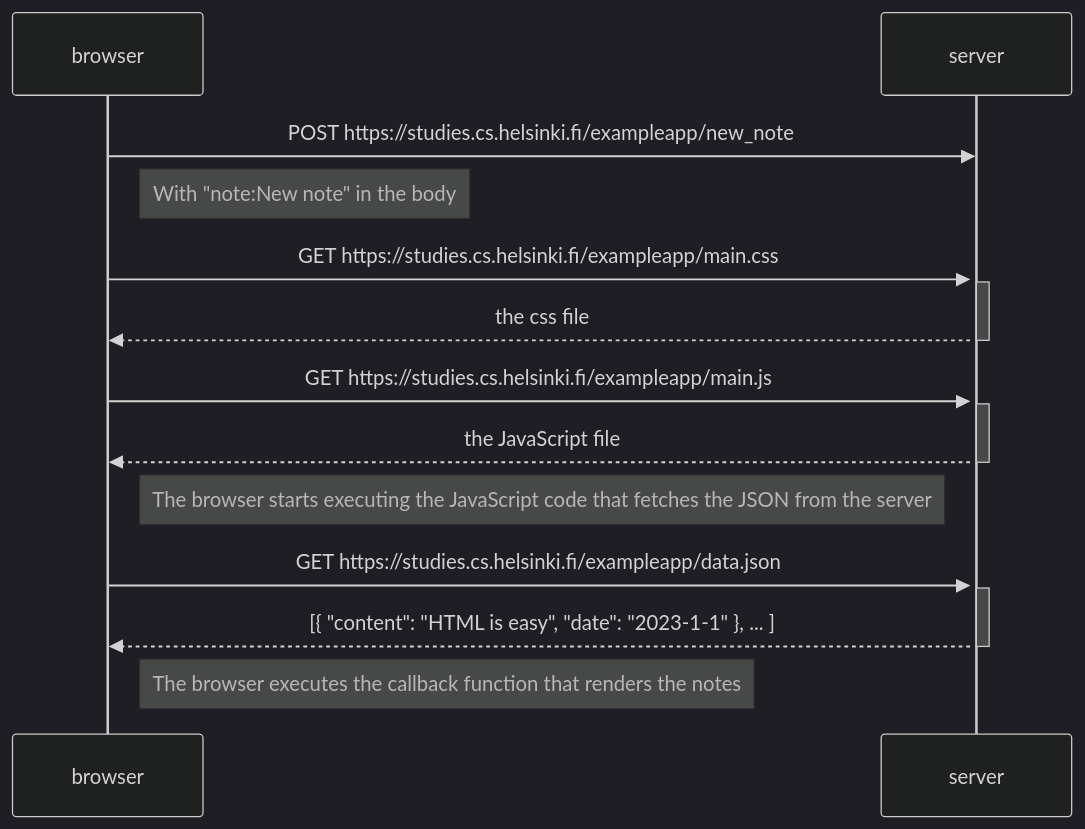
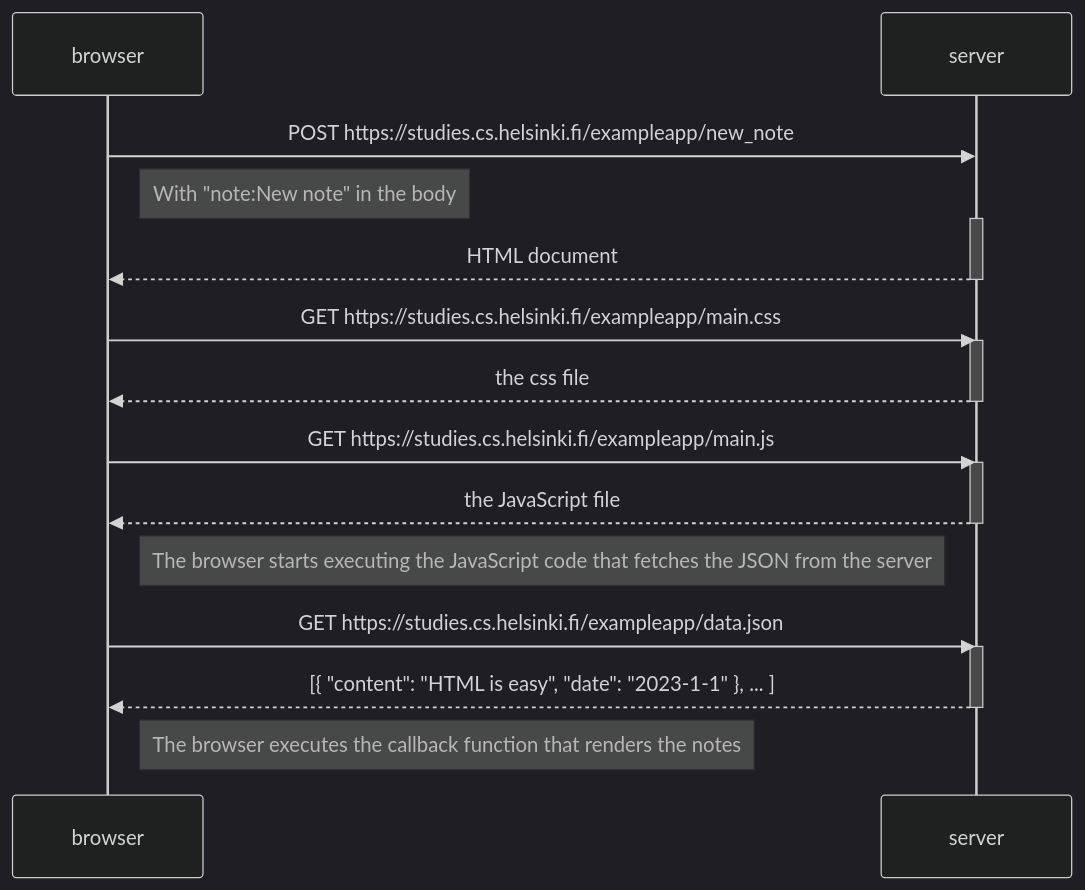
The diagram in 0.4 diagram.md (MatthieuGagne/fullstackopen), drawn with Mermaid (dark theme) before and after one commit.

Commit message:
Update 0.4 diagram.md

````diff
--- a/0.4 diagram.md
+++ b/0.4 diagram.md
@@ -1,28 +1,30 @@
 ```mermaid
 sequenceDiagram
     participant browser
     participant server
 
     browser->>server: POST https://studies.cs.helsinki.fi/exampleapp/new_note
     Note right of browser: With "note:New note" in the body
     activate server
+    server-->>browser: HTML document
+    deactivate server
 
     browser->>server: GET https://studies.cs.helsinki.fi/exampleapp/main.css
     activate server
     server-->>browser: the css file
     deactivate server
 
     browser->>server: GET https://studies.cs.helsinki.fi/exampleapp/main.js
     activate server
     server-->>browser: the JavaScript file
     deactivate server
 
     Note right of browser: The browser starts executing the JavaScript code that fetches the JSON from the server
 
     browser->>server: GET https://studies.cs.helsinki.fi/exampleapp/data.json
     activate server
     server-->>browser: [{ "content": "HTML is easy", "date": "2023-1-1" }, ... ]
     deactivate server
 
     Note right of browser: The browser executes the callback function that renders the notes
 ```
````
